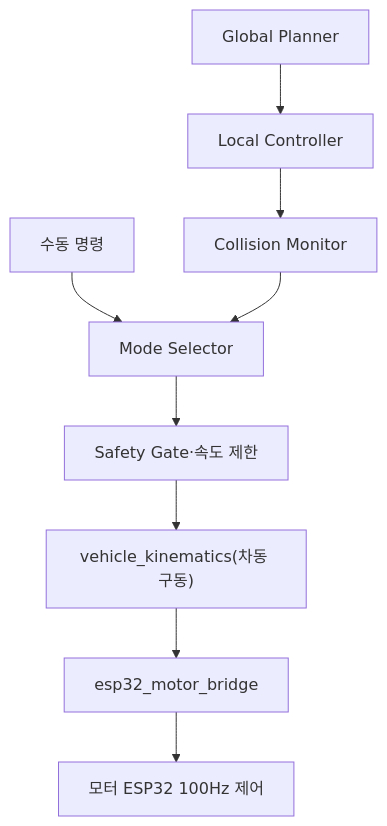
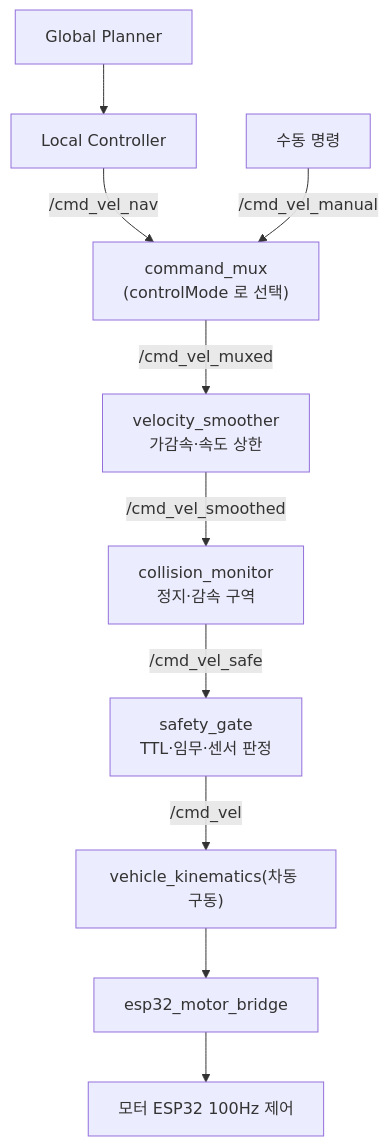
Before and after one commit to Common-AIOT/Sentinel-UGV: the third of 4 diagrams in docs/04-자율주행.md, drawn with Mermaid. The commit also changed other lines of this file and 17 other files, not shown here.

````diff
--- a/docs/04-자율주행.md
+++ b/docs/04-자율주행.md
@@ -577,11 +582,12 @@
 ```mermaid
 flowchart TB
     global["Global Planner"] --> local["Local Controller"]
-    local --> collision["Collision Monitor"]
-    manual["수동 명령"] --> selector["Mode Selector"]
-    collision --> selector
-    selector --> gate["Safety Gate·속도 제한"]
-    gate --> kin["vehicle_kinematics(차동 구동)"]
+    local -->|/cmd_vel_nav| mux["command_mux<br/>(controlMode 로 선택)"]
+    manual["수동 명령"] -->|/cmd_vel_manual| mux
+    mux -->|/cmd_vel_muxed| smoother["velocity_smoother<br/>가감속·속도 상한"]
+    smoother -->|/cmd_vel_smoothed| collision["collision_monitor<br/>정지·감속 구역"]
+    collision -->|/cmd_vel_safe| gate["safety_gate<br/>TTL·임무·센서 판정"]
+    gate -->|/cmd_vel| kin["vehicle_kinematics(차동 구동)"]
     kin --> bridge["esp32_motor_bridge"]
     bridge --> esp32["모터 ESP32 100Hz 제어"]
 ```
````
